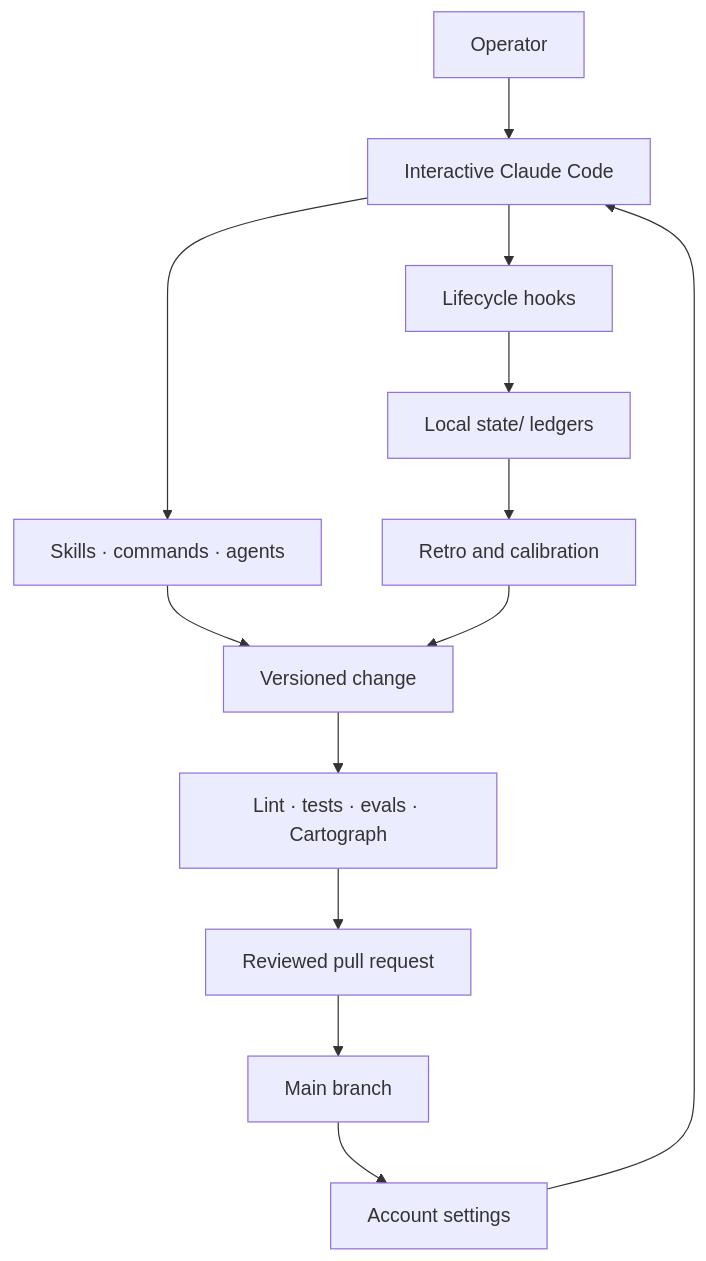
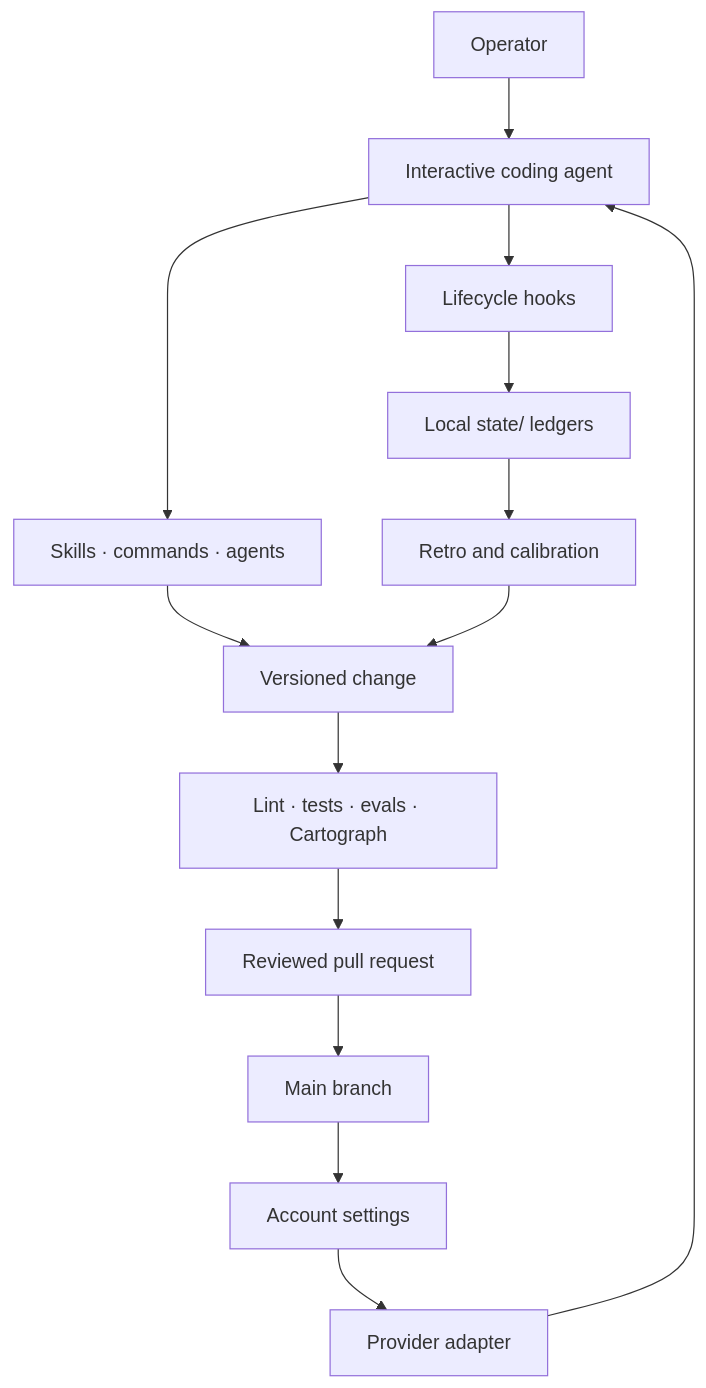
One commit to GhostlyGawd/recursive-harness changed the diagram in docs/architecture.md. Above: the diagram before and after it, drawn with Mermaid. The commit also changed other lines of this file and 6 other files, not shown here.

````diff
--- a/docs/architecture.md
+++ b/docs/architecture.md
@@ -10,15 +15,16 @@
 ```mermaid
 flowchart TB
-    Operator --> Claude[Interactive Claude Code]
-    Config[Account settings] --> Claude
-    Claude --> Procedures[Skills · commands · agents]
-    Claude --> Hooks[Lifecycle hooks]
+    Operator --> Host[Interactive coding agent]
+    Provider[Provider adapter] --> Host
+    Config[Account settings] --> Provider
+    Host --> Procedures[Skills · commands · agents]
+    Host --> Hooks[Lifecycle hooks]
     Hooks --> Hot[Local state/ ledgers]
     Hot --> Retro[Retro and calibration]
     Procedures --> Change[Versioned change]
     Retro --> Change
     Change --> Evidence[Lint · tests · evals · Cartograph]
     Evidence --> PR[Reviewed pull request]
     PR --> Main[Main branch]
     Main --> Config
 ```
````
